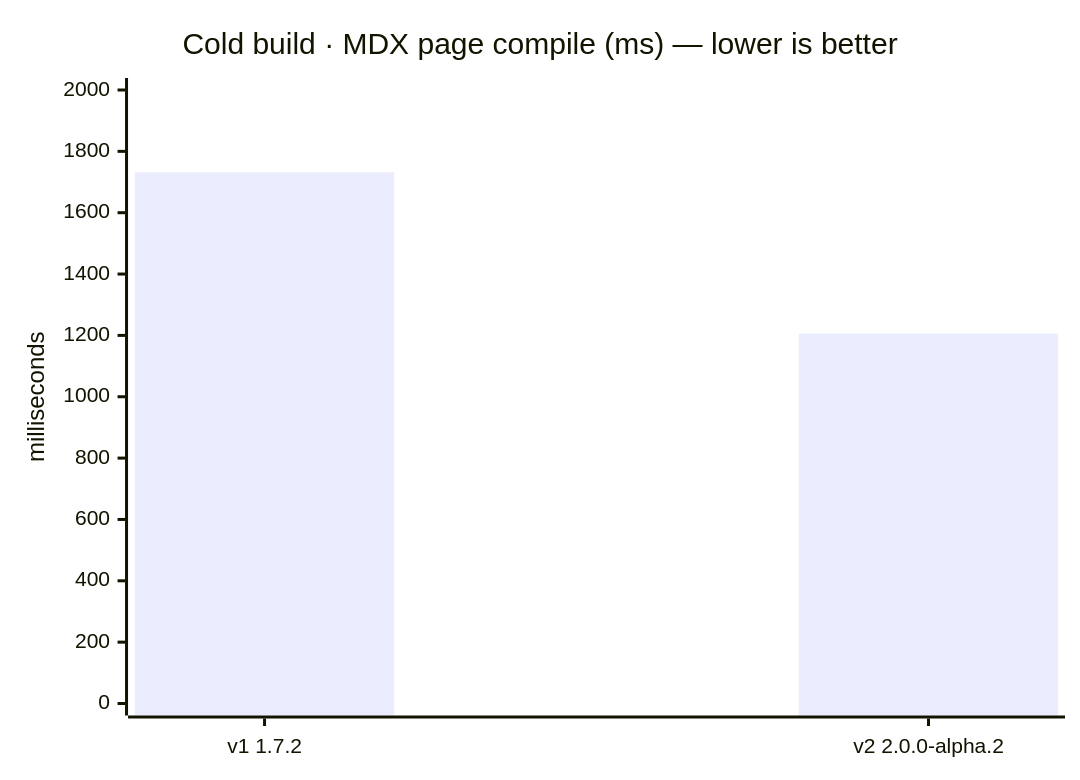
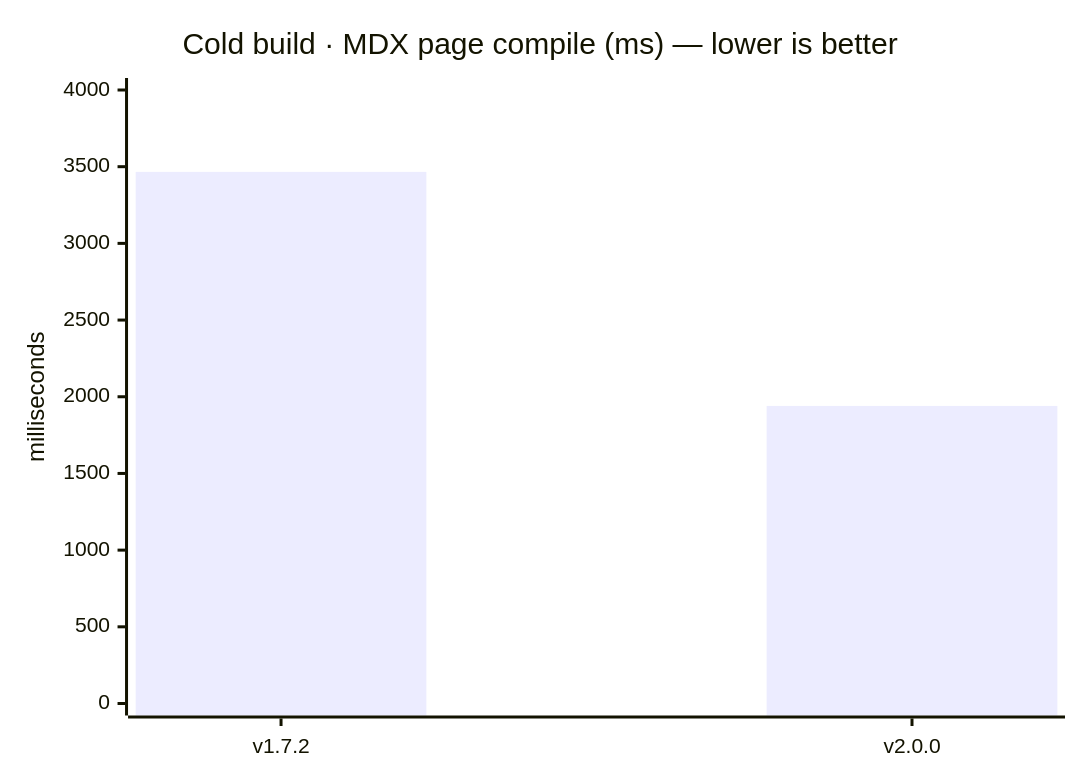
One commit to DocuBook/docubook changed the second of 2 diagrams in packages/flame/docs/index.mdx. Above: the diagram before and after it, drawn with Mermaid. The commit also changed other lines of this file and 5 other files, not shown here.

````diff
--- a/packages/flame/docs/index.mdx
+++ b/packages/flame/docs/index.mdx
@@ -74,7 +70,7 @@
 ```mermaid
 xychart-beta
     title "Cold build · MDX page compile (ms) — lower is better"
-    x-axis ["v1 1.7.2", "v2 2.0.0-alpha.2"]
-    y-axis "milliseconds" 0 --> 2000
-    bar [1732, 1206]
+    x-axis ["v1.7.2", "v2.0.0"]
+    y-axis "milliseconds" 0 --> 4000
+    bar [3466, 1940]
 ```
````
